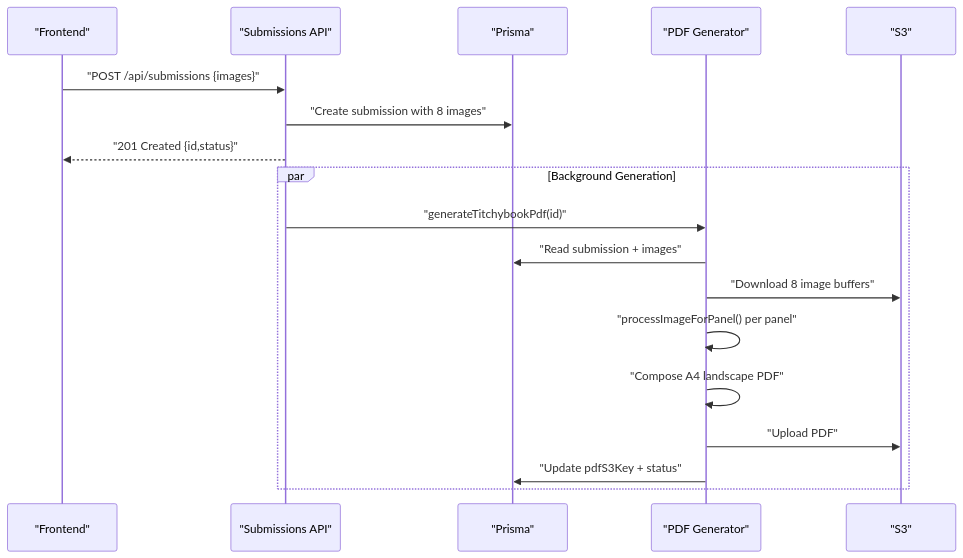
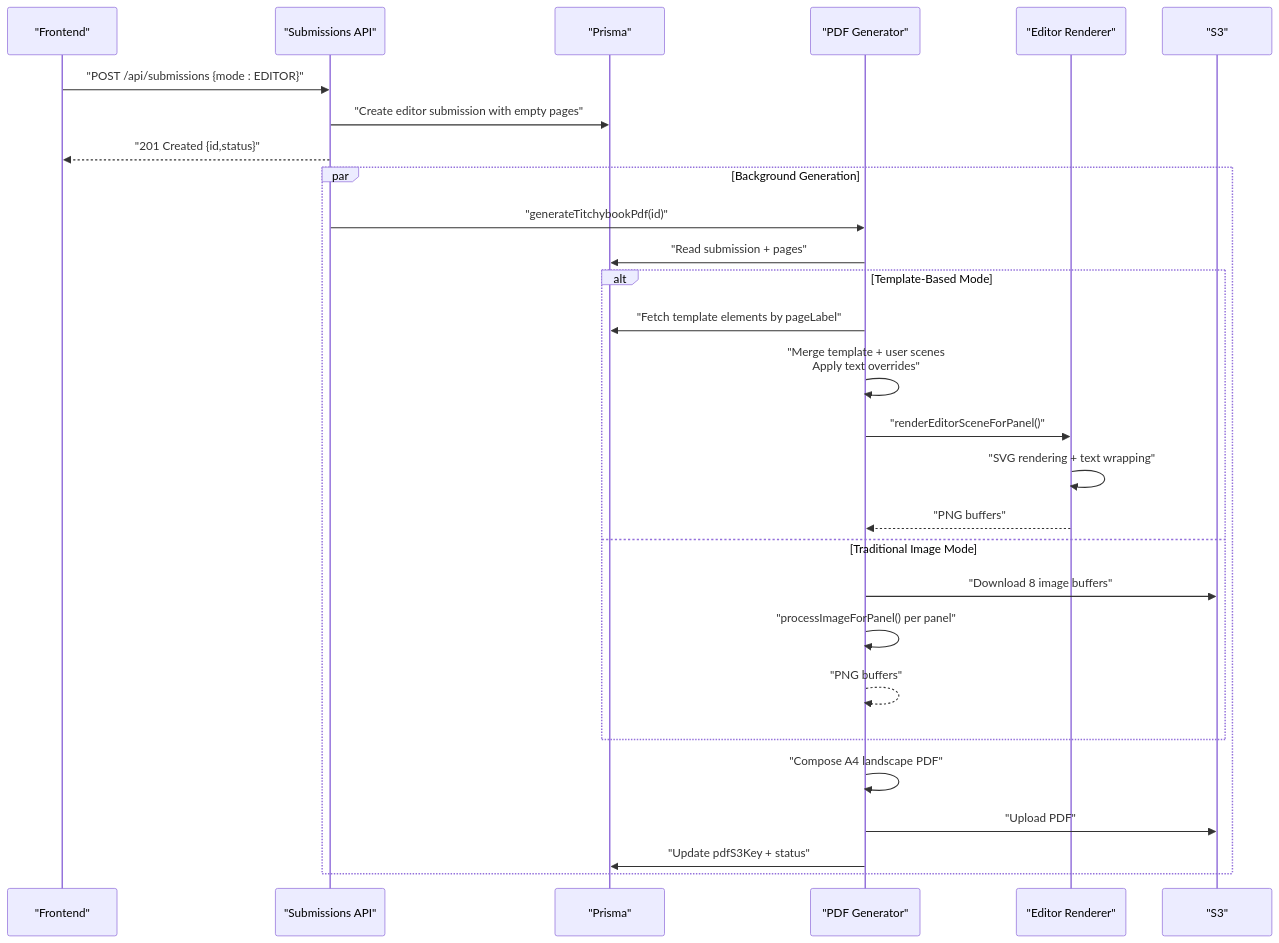
One commit to Crowdspender/titchybooks-app changed the second of 8 diagrams in .qoder/repowiki/en/content/PDF Generation Engine/PDF Generation Engine.md. Above: the diagram before and after it, drawn with Mermaid. The commit also changed other lines of this file and 62 other files, not shown here.

````diff
--- a/.qoder/repowiki/en/content/PDF Generation Engine/PDF Generation Engine.md
+++ b/.qoder/repowiki/en/content/PDF Generation Engine/PDF Generation Engine.md
@@ -106,20 +152,30 @@
 ```mermaid
 sequenceDiagram
 participant FE as "Frontend"
 participant API as "Submissions API"
 participant DB as "Prisma"
 participant GEN as "PDF Generator"
+participant RENDER as "Editor Renderer"
 participant S3 as "S3"
-FE->>API : "POST /api/submissions {images}"
-API->>DB : "Create submission with 8 images"
+FE->>API : "POST /api/submissions {mode : EDITOR}"
+API->>DB : "Create editor submission with empty pages"
 API-->>FE : "201 Created {id,status}"
 par Background Generation
 API->>GEN : "generateTitchybookPdf(id)"
-GEN->>DB : "Read submission + images"
+GEN->>DB : "Read submission + pages"
+alt Template-Based Mode
+GEN->>DB : "Fetch template elements by pageLabel"
+GEN->>GEN : "Merge template + user scenes<br/>Apply text overrides"
+GEN->>RENDER : "renderEditorSceneForPanel()"
+RENDER->>RENDER : "SVG rendering + text wrapping"
+RENDER-->>GEN : "PNG buffers"
+else Traditional Image Mode
 GEN->>S3 : "Download 8 image buffers"
 GEN->>GEN : "processImageForPanel() per panel"
+GEN-->>GEN : "PNG buffers"
+end
 GEN->>GEN : "Compose A4 landscape PDF"
 GEN->>S3 : "Upload PDF"
 GEN->>DB : "Update pdfS3Key + status"
 end
 ```
````
